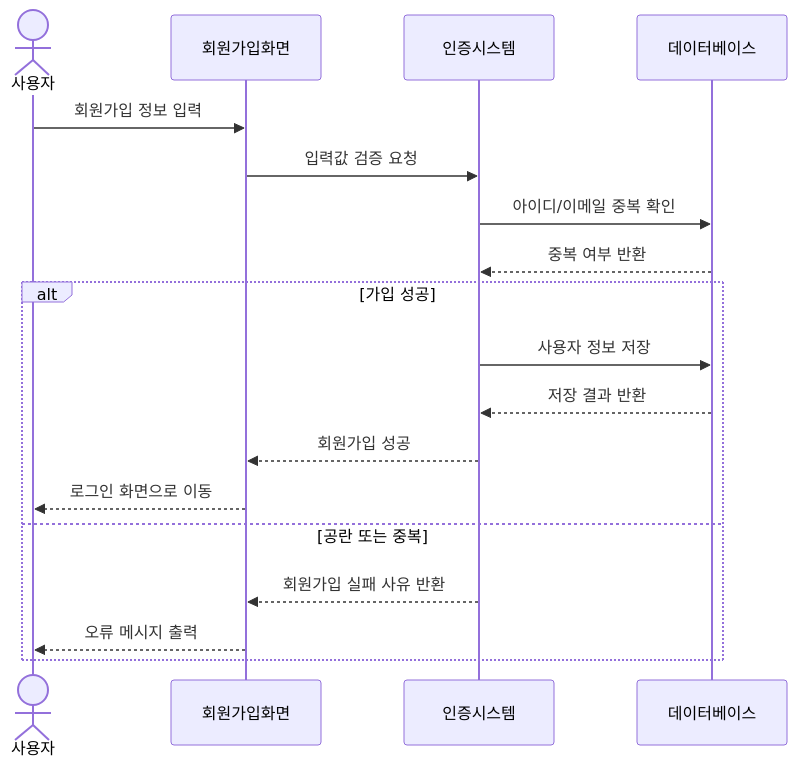
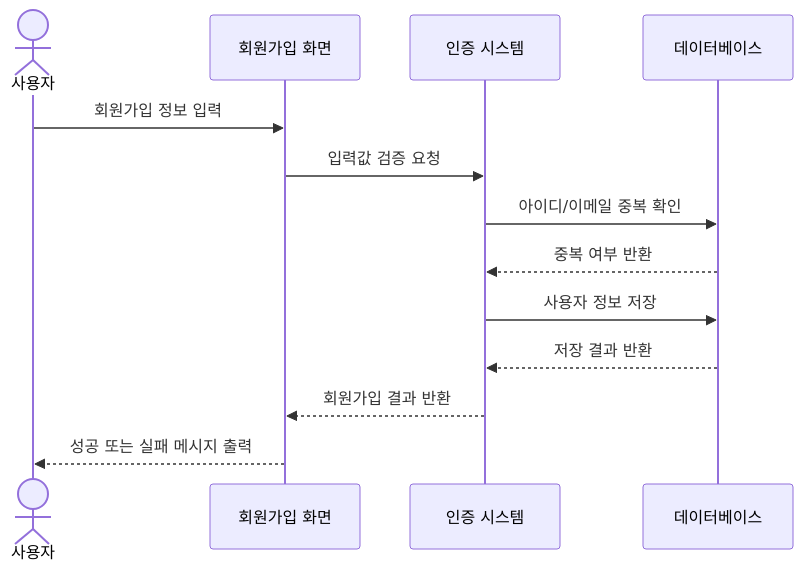
Before and after one commit to csharon0218/se: the sixth of 16 diagrams in doc/requirements_analysis.md, drawn with Mermaid. The commit also changed other lines of this file and 7 other files, not shown here.

````diff
--- a/doc/requirements_analysis.md
+++ b/doc/requirements_analysis.md
@@ -1155,21 +1458,16 @@
 ```mermaid
 sequenceDiagram
     actor User as 사용자
-    participant UI as 회원가입화면
-    participant Auth as 인증시스템
+    participant UI as 회원가입 화면
+    participant Auth as 인증 시스템
     participant DB as 데이터베이스
 
     User->>UI: 회원가입 정보 입력
     UI->>Auth: 입력값 검증 요청
     Auth->>DB: 아이디/이메일 중복 확인
     DB-->>Auth: 중복 여부 반환
-    alt 가입 성공
-        Auth->>DB: 사용자 정보 저장
-        DB-->>Auth: 저장 결과 반환
-        Auth-->>UI: 회원가입 성공
-        UI-->>User: 로그인 화면으로 이동
-    else 공란 또는 중복
-        Auth-->>UI: 회원가입 실패 사유 반환
-        UI-->>User: 오류 메시지 출력
-    end
+    Auth->>DB: 사용자 정보 저장
+    DB-->>Auth: 저장 결과 반환
+    Auth-->>UI: 회원가입 결과 반환
+    UI-->>User: 성공 또는 실패 메시지 출력
 ```
````
